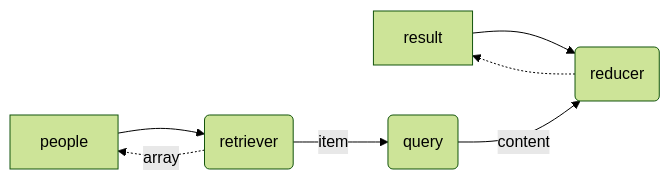
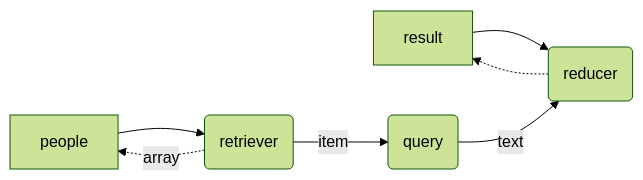
The fourth of 5 diagrams in packages/graphai/README.template.md (receptron/graphai), drawn with Mermaid (forest theme) before and after one commit.

Commit message:
upto mapping

````diff
--- a/packages/graphai/README.template.md
+++ b/packages/graphai/README.template.md
@@ -219,9 +219,9 @@
 ```mermaid
 flowchart LR
  result --> reducer(reducer)
  people --> retriever(retriever)
  retriever -- item --> query(query)
- query -- content --> reducer
+ query -- text --> reducer
  retriever -. array .-> people
  reducer -.-> result
 ```
````
